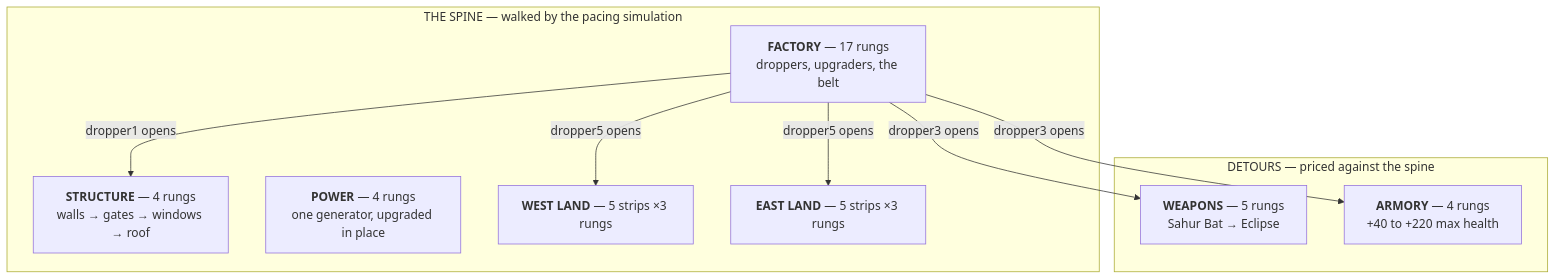
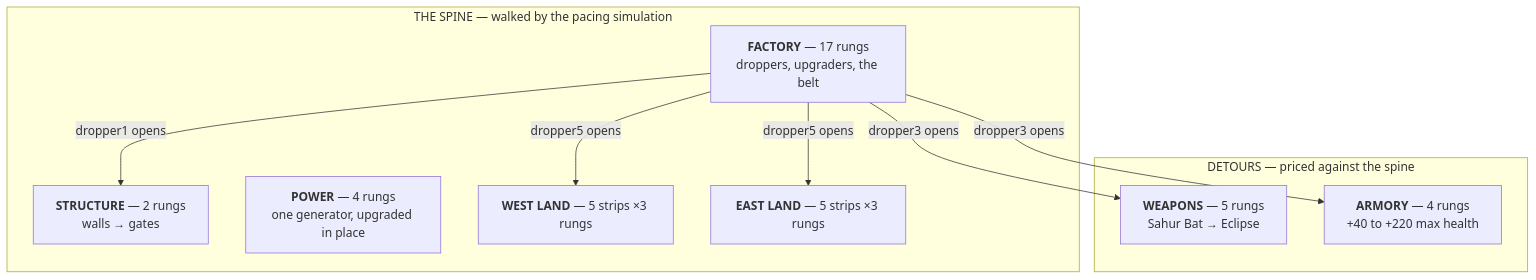
Before and after one commit to adit-rah/ttt: the fourth of 6 diagrams in docs/design/GAME.md, drawn with Mermaid. The commit also changed other lines of this file and 20 other files, not shown here.

First line of the commit message:
Take the roof and the windows off the shell: the plot is open-air (#164)

````diff
--- a/docs/design/GAME.md
+++ b/docs/design/GAME.md
@@ -155,19 +155,19 @@
 ```mermaid
 graph TD
     subgraph spine["THE SPINE — walked by the pacing simulation"]
         F["<b>FACTORY</b> — 17 rungs<br/>droppers, upgraders, the belt"]
-        S["<b>STRUCTURE</b> — 4 rungs<br/>walls → gates → windows → roof"]
+        S["<b>STRUCTURE</b> — 2 rungs<br/>walls → gates"]
         P["<b>POWER</b> — 4 rungs<br/>one generator, upgraded in place"]
         LL["<b>WEST LAND</b> — 5 strips ×3 rungs"]
         LR2["<b>EAST LAND</b> — 5 strips ×3 rungs"]
     end
     subgraph side["DETOURS — priced against the spine"]
         W["<b>WEAPONS</b> — 5 rungs<br/>Sahur Bat → Eclipse"]
         A["<b>ARMORY</b> — 4 rungs<br/>+40 to +220 max health"]
     end
     F -->|"dropper1 opens"| S
     F -->|"dropper3 opens"| W
     F -->|"dropper3 opens"| A
     F -->|"dropper5 opens"| LL
     F -->|"dropper5 opens"| LR2
 ```
````
